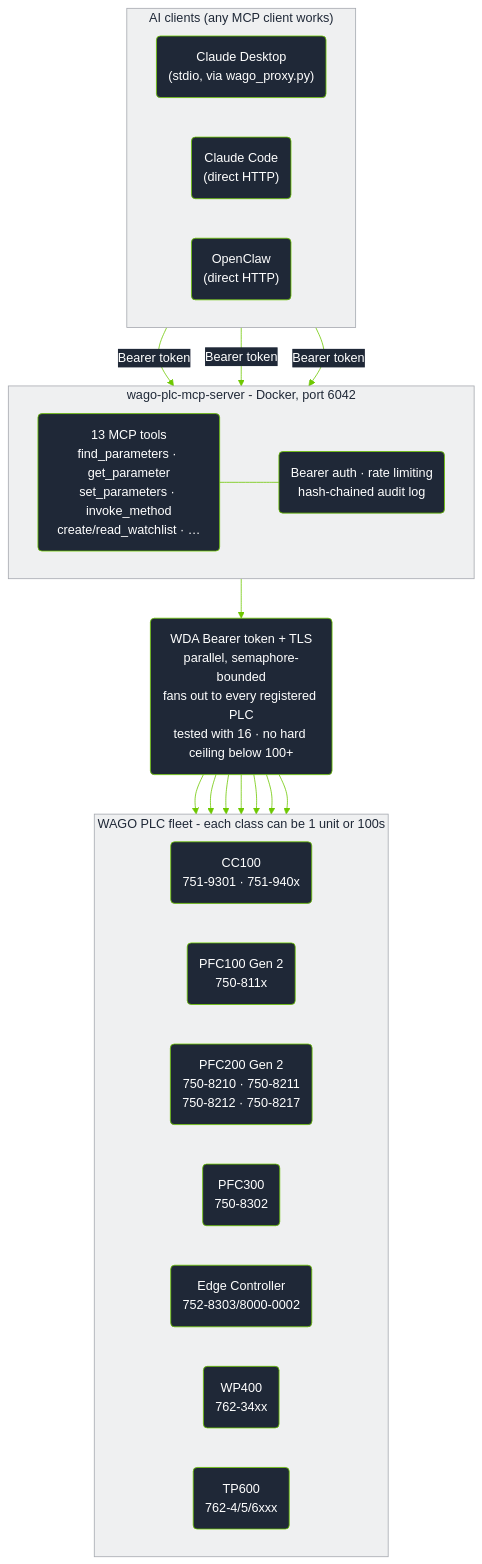
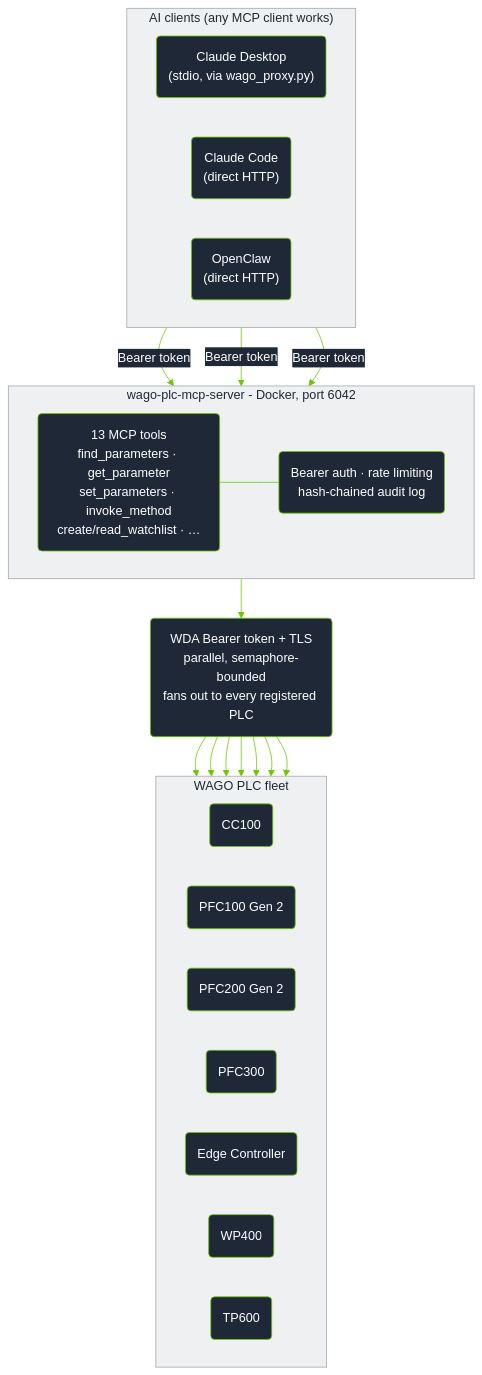
The diagram in README.md (WagoAlex/wago-plc-mcp-server), drawn with Mermaid before and after one commit. The commit also changed other lines of this file, not shown here.

````diff
--- a/README.md
+++ b/README.md
@@ -88,49 +856,49 @@
 ```mermaid
 %%{init: {'theme':'base', 'themeVariables': {
   'primaryColor':'#1F2837',
   'primaryTextColor':'#ffffff',
   'primaryBorderColor':'#6EC800',
   'lineColor':'#6EC800',
   'secondaryColor':'#EFF0F1',
   'secondaryTextColor':'#1F2837',
   'secondaryBorderColor':'#A5A8AF',
   'tertiaryColor':'#FFFFFF',
   'tertiaryTextColor':'#1F2837',
   'tertiaryBorderColor':'#DEDFE1',
   'fontFamily':'Segoe UI, Helvetica, Arial, sans-serif',
   'clusterBkg':'#EFF0F1',
   'clusterBorder':'#A5A8AF',
   'edgeLabelBackground':'#1F2837'
 }}}%%
 flowchart TB
     subgraph Clients["AI clients (any MCP client works)"]
         direction LR
         CD("Claude Desktop<br/>(stdio, via wago_proxy.py)")
         CC("Claude Code<br/>(direct HTTP)")
         OC("OpenClaw<br/>(direct HTTP)")
     end
 
     CD & CC & OC -- "Bearer token" --> MCP
 
     subgraph Server["wago-plc-mcp-server - Docker, port 6042"]
         direction LR
         MCP("13 MCP tools<br/>find_parameters · get_parameter<br/>set_parameters · invoke_method<br/>create/read_watchlist · …")
         Guard("Bearer auth · rate limiting<br/>hash-chained audit log")
         MCP --- Guard
     end
 
-    MCP --> FAN("WDA Bearer token + TLS<br/>parallel, semaphore-bounded<br/>fans out to every registered PLC<br/>tested with 16 · no hard ceiling below 100+")
+    MCP --> FAN("WDA Bearer token + TLS<br/>parallel, semaphore-bounded<br/>fans out to every registered PLC")
 
     FAN --> P1 & P2 & P3 & P4 & P5 & P6 & Pn
 
-    subgraph Fleet["WAGO PLC fleet - each class can be 1 unit or 100s"]
+    subgraph Fleet["WAGO PLC fleet"]
         direction LR
-        P1("CC100<br/>751-9301 · 751-940x")
-        P2("PFC100 Gen 2<br/>750-811x")
-        P3("PFC200 Gen 2<br/>750-8210 · 750-8211<br/>750-8212 · 750-8217")
-        P4("PFC300<br/>750-8302")
-        P5("Edge Controller<br/>752-8303/8000-0002")
-        P6("WP400<br/>762-34xx")
-        Pn("TP600<br/>762-4/5/6xxx")
+        P1("CC100")
+        P2("PFC100 Gen 2")
+        P3("PFC200 Gen 2")
+        P4("PFC300")
+        P5("Edge Controller")
+        P6("WP400")
+        Pn("TP600")
     end
 ```
````
